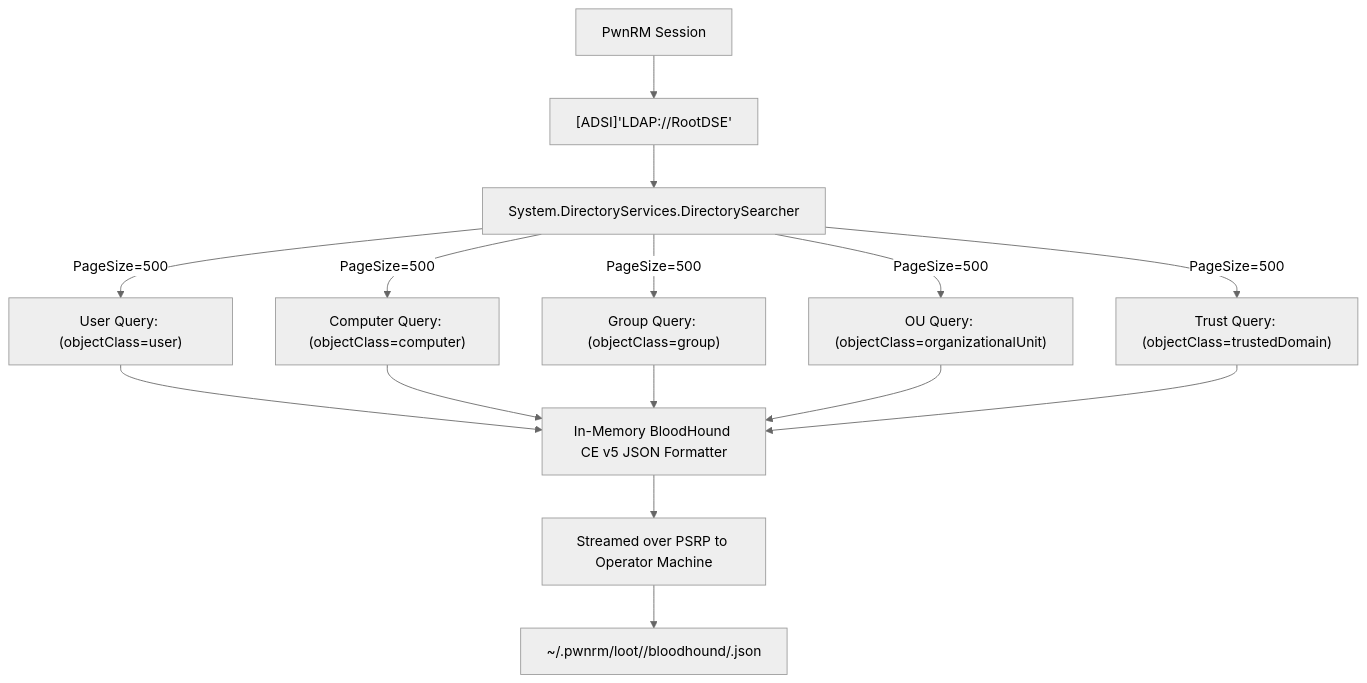
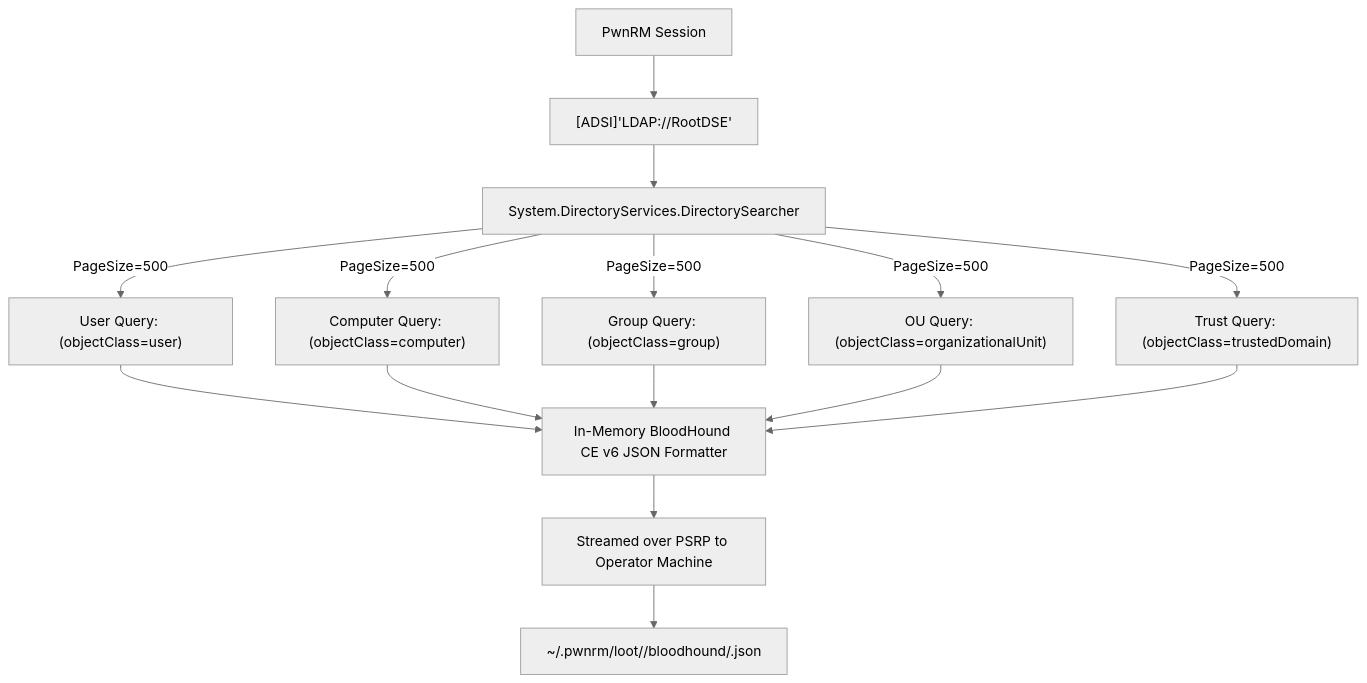
Before and after one commit to uziii2208/PwnRM: the first of 5 diagrams in docs/04_collection_lateral_playbooks.md, drawn with Mermaid (neutral theme). The commit also changed other lines of this file and 26 other files, not shown here.

````diff
--- a/docs/04_collection_lateral_playbooks.md
+++ b/docs/04_collection_lateral_playbooks.md
@@ -9,15 +9,15 @@
 ```mermaid
 graph TD
     PwnRM["PwnRM Session"] --> ADSI["[ADSI]'LDAP://RootDSE'"]
     ADSI --> DirSearcher["System.DirectoryServices.DirectorySearcher"]
 
     DirSearcher -->|PageSize=500| Users["User Query: (objectClass=user)"]
     DirSearcher -->|PageSize=500| Computers["Computer Query: (objectClass=computer)"]
     DirSearcher -->|PageSize=500| Groups["Group Query: (objectClass=group)"]
     DirSearcher -->|PageSize=500| OUs["OU Query: (objectClass=organizationalUnit)"]
     DirSearcher -->|PageSize=500| Trusts["Trust Query: (objectClass=trustedDomain)"]
 
-    Users & Computers & Groups & OUs & Trusts --> Parser["In-Memory BloodHound CE v5 JSON Formatter"]
+    Users & Computers & Groups & OUs & Trusts --> Parser["In-Memory BloodHound CE v6 JSON Formatter"]
     Parser --> StreamOut["Streamed over PSRP to Operator Machine"]
     StreamOut --> Loot["~/.pwnrm/loot/<domain>/bloodhound/<timestamp>.json"]
 ```
````
